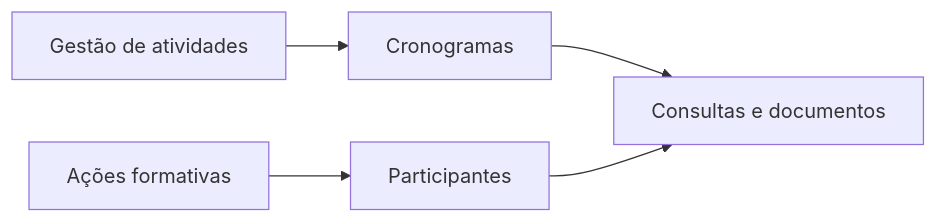
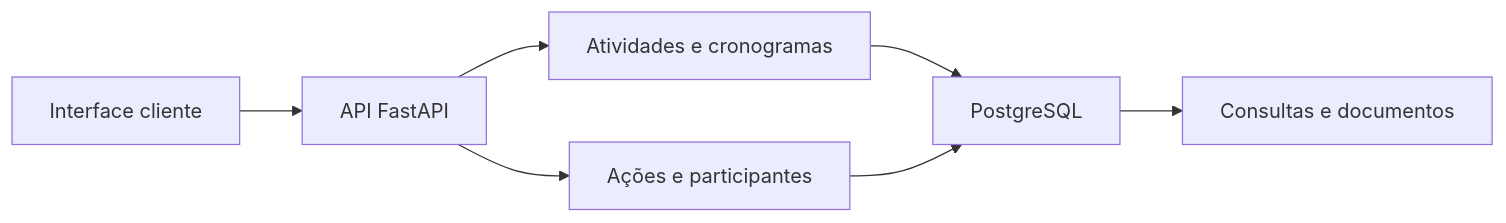
One commit to meyrison/meyrison changed the diagram in projetos/secretaria-de-meio-ambiente.md. Above: the diagram before and after it, drawn with Mermaid. The commit also changed other lines of this file and 8 other files, not shown here.

````diff
--- a/projetos/secretaria-de-meio-ambiente.md
+++ b/projetos/secretaria-de-meio-ambiente.md
@@ -20,7 +22,9 @@
 ```mermaid
 flowchart LR
-    G["Gestão de atividades"] --> C["Cronogramas"]
-    F["Ações formativas"] --> P["Participantes"]
-    C --> Q["Consultas e documentos"]
-    P --> Q
+    I["Interface cliente"] --> A["API FastAPI"]
+    A --> C["Atividades e cronogramas"]
+    A --> F["Ações e participantes"]
+    C --> D["PostgreSQL"]
+    F --> D
+    D --> R["Consultas e documentos"]
 ```
````
